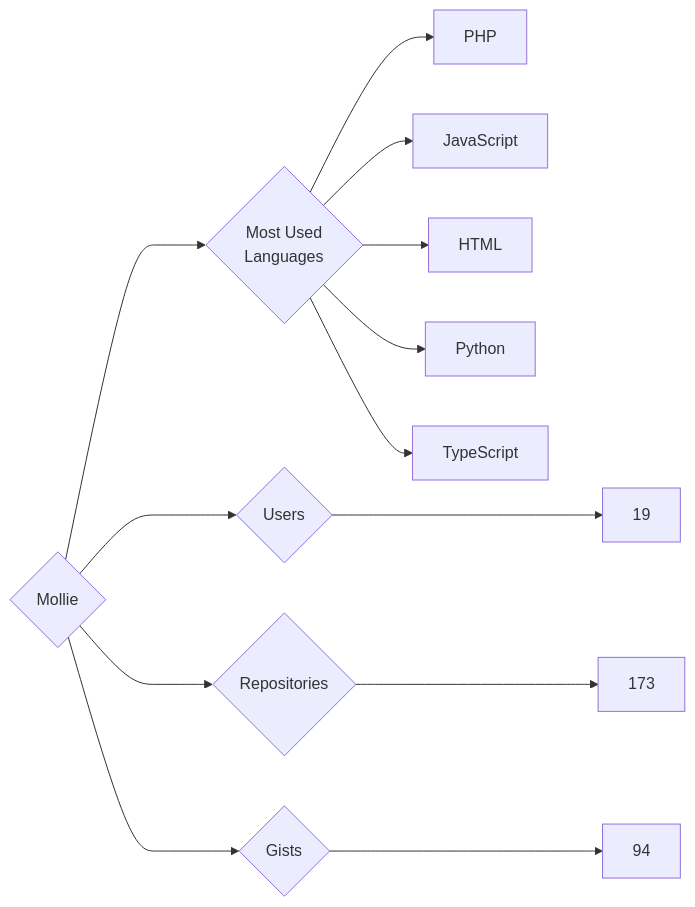
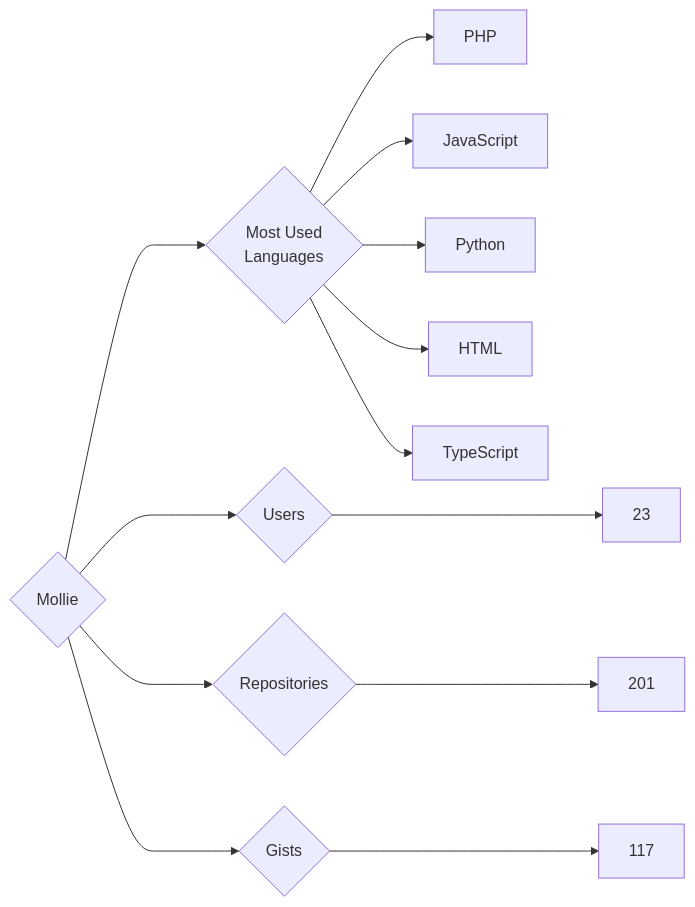
Before and after one commit to trickest/insiders: the diagram in targets/Mollie/README.md, drawn with Mermaid. The commit also changed 835 other files, not shown here.

````diff
--- a/targets/Mollie/README.md
+++ b/targets/Mollie/README.md
@@ -3,13 +3,13 @@
 ```mermaid
 graph LR
 COMPANY_NAME{Mollie}
-COMPANY_NAME ---> U{Users} ---> UN[19]
-COMPANY_NAME ---> R{Repositories} ---> RN[173]
-COMPANY_NAME ---> G{Gists} ---> GN[94]
+COMPANY_NAME ---> U{Users} ---> UN[23]
+COMPANY_NAME ---> R{Repositories} ---> RN[201]
+COMPANY_NAME ---> G{Gists} ---> GN[117]
 COMPANY_NAME ---> ML{Most Used<br>Languages}
 ML --> PHP[PHP]
 ML --> JavaScript[JavaScript]
+ML --> Python[Python]
 ML --> HTML[HTML]
-ML --> Python[Python]
 ML --> TypeScript[TypeScript]
 ```
````
